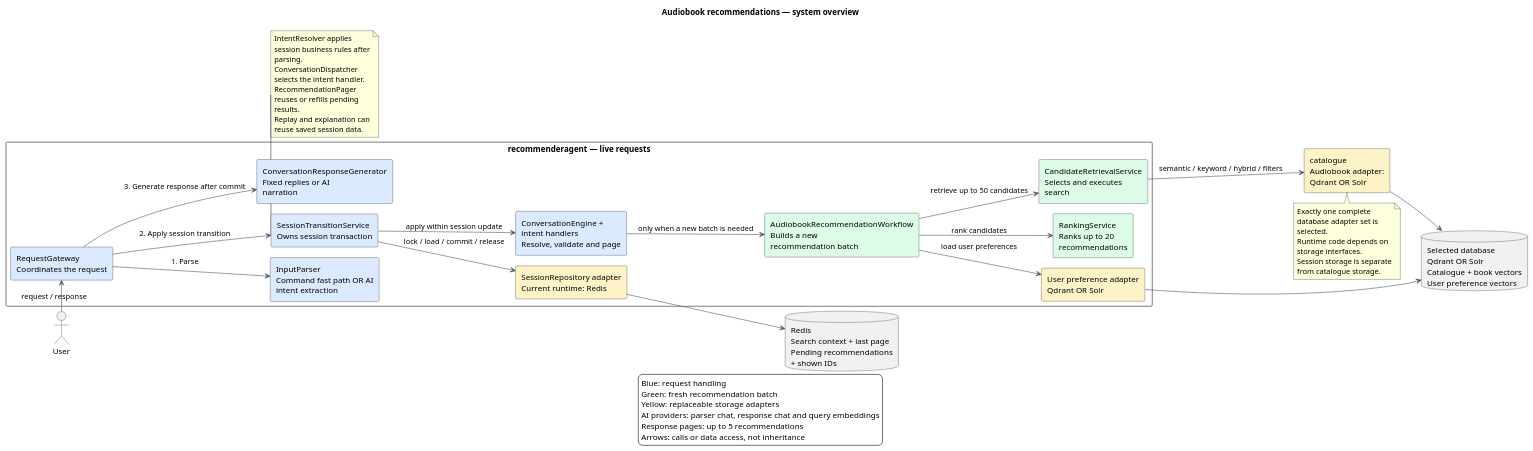
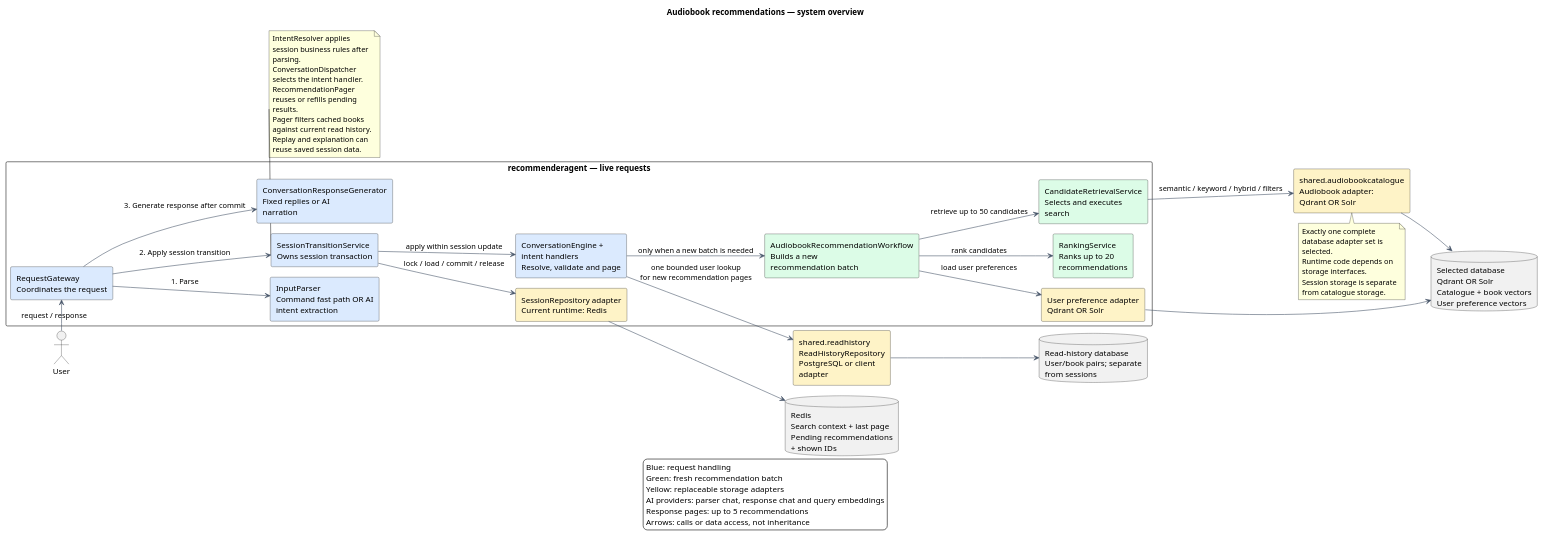
One commit to Juliu9/IT-Project changed the diagram in docs/diagrams/system-overview.puml. Above: the diagram before and after it, drawn with PlantUML. The commit also changed 215 other files, not shown here.

First line of the commit message:
Add persistent read-history exclusions

```diff
--- a/docs/diagrams/system-overview.puml
+++ b/docs/diagrams/system-overview.puml
@@ -1,64 +1,69 @@
 @startuml
 !pragma layout smetana
 title Audiobook recommendations — system overview
 left to right direction
 skinparam backgroundColor #FFFFFF
 skinparam shadowing false
 skinparam componentStyle rectangle
 skinparam defaultFontName SansSerif
 skinparam ArrowColor #475569
 skinparam packageStyle rectangle
 skinparam wrapWidth 180
 
 actor User
 package "recommenderagent — live requests" {
   component "RequestGateway\nCoordinates the request" as Gateway #DBEAFE
   component "InputParser\nCommand fast path OR AI intent extraction" as Parser #DBEAFE
   component "SessionTransitionService\nOwns session transaction" as Session #DBEAFE
   component "ConversationEngine + intent handlers\nResolve, validate and page" as Engine #DBEAFE
   component "AudiobookRecommendationWorkflow\nBuilds a new recommendation batch" as Workflow #DCFCE7
   component "CandidateRetrievalService\nSelects and executes search" as Retrieval #DCFCE7
   component "RankingService\nRanks up to 20 recommendations" as Ranking #DCFCE7
   component "ConversationResponseGenerator\nFixed replies or AI narration" as Response #DBEAFE
   component "User preference adapter\nQdrant OR Solr" as UserAdapter #FEF3C7
   component "SessionRepository adapter\nCurrent runtime: Redis" as SessionStore #FEF3C7
 }
-component "catalogue\nAudiobook adapter: Qdrant OR Solr" as Adapter #FEF3C7
+component "shared.audiobookcatalogue\nAudiobook adapter: Qdrant OR Solr" as Adapter #FEF3C7
+component "shared.readhistory\nReadHistoryRepository\nPostgreSQL or client adapter" as ReadHistory #FEF3C7
 database "Selected database\nQdrant OR Solr\nCatalogue + book vectors\nUser preference vectors" as Qdrant
 database "Redis\nSearch context + last page\nPending recommendations + shown IDs" as Redis
+database "Read-history database\nUser/book pairs; separate from sessions" as HistoryDatabase
 
 User -right-> Gateway : request / response
 Gateway --> Parser : 1. Parse
 Gateway --> Session : 2. Apply session transition
 Session --> SessionStore : lock / load / commit / release
 SessionStore --> Redis
 Session --> Engine : apply within session update
+Engine --> ReadHistory : one bounded user lookup\nfor new recommendation pages
+ReadHistory --> HistoryDatabase
 Engine --> Workflow : only when a new batch is needed
 Workflow --> UserAdapter : load user preferences
 UserAdapter --> Qdrant
 Workflow --> Retrieval : retrieve up to 50 candidates
 Retrieval --> Adapter : semantic / keyword / hybrid / filters
 Adapter --> Qdrant
 Workflow --> Ranking : rank candidates
 Gateway --> Response : 3. Generate response after commit
 
 note bottom of Session
   IntentResolver applies session business rules after parsing.
   ConversationDispatcher selects the intent handler.
   RecommendationPager reuses or refills pending results.
+  Pager filters cached books against current read history.
   Replay and explanation can reuse saved session data.
 end note
 note bottom of Adapter
   Exactly one complete database adapter set is selected.
   Runtime code depends on storage interfaces.
   Session storage is separate from catalogue storage.
 end note
 legend bottom
   Blue: request handling
   Green: fresh recommendation batch
   Yellow: replaceable storage adapters
   AI providers: parser chat, response chat and query embeddings
   Response pages: up to 5 recommendations
   Arrows: calls or data access, not inheritance
 endlegend
 @enduml
```
